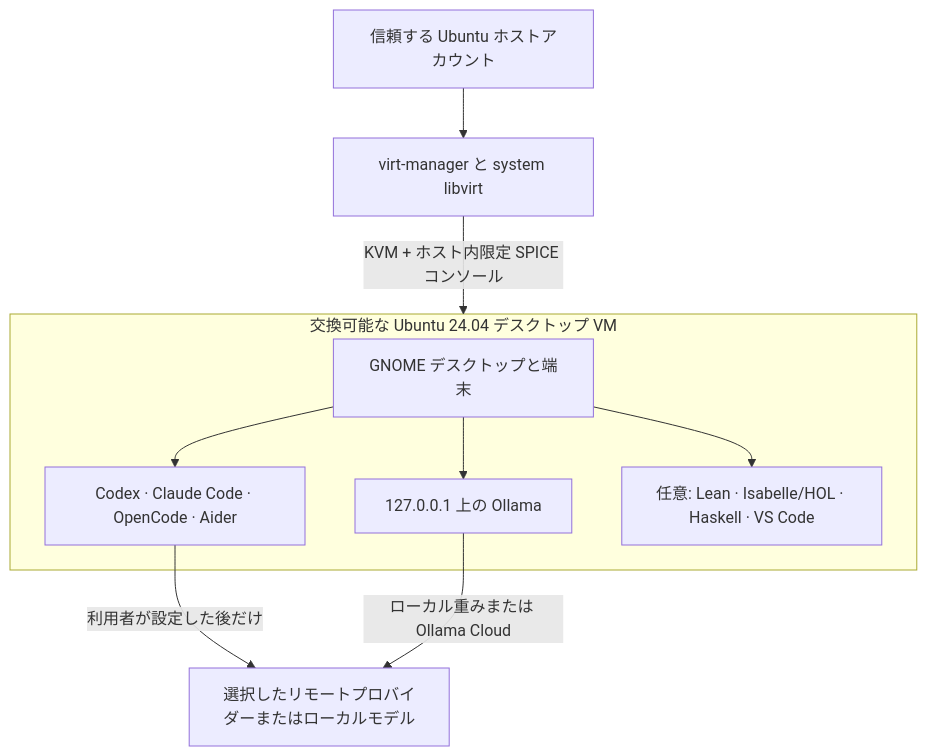
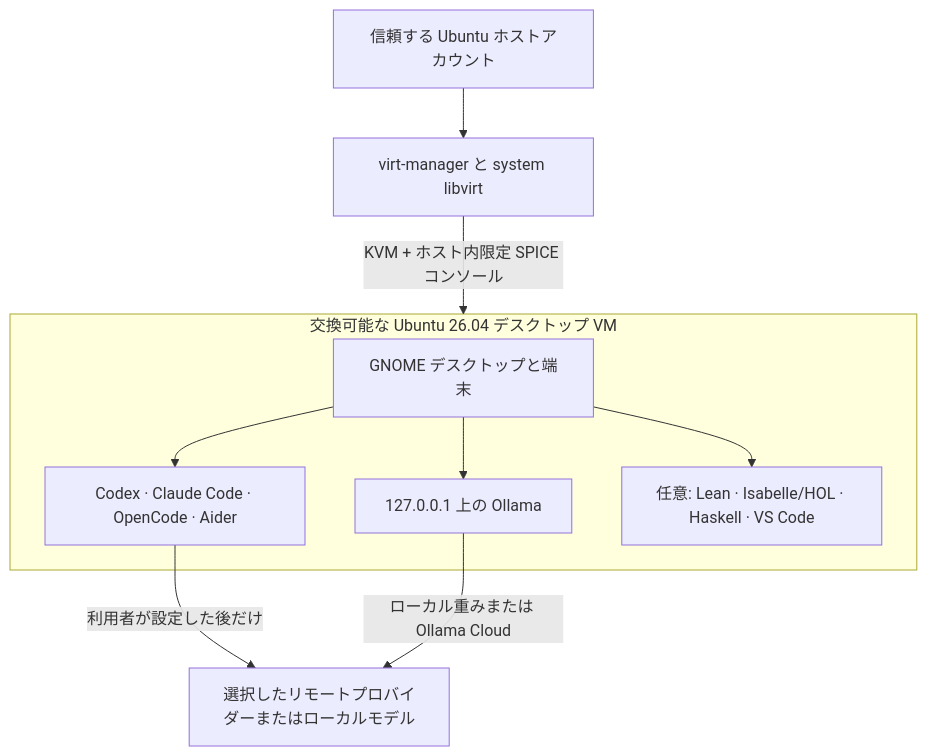
Before and after one commit to yutakang/agent-vm: the diagram in README_jp.md, drawn with Mermaid. The commit also changed other lines of this file and 28 other files, not shown here.

````diff
--- a/README_jp.md
+++ b/README_jp.md
@@ -58,22 +58,22 @@
 ```mermaid
 flowchart TB
     H["信頼する Ubuntu ホストアカウント"]
     M["virt-manager と system libvirt"]
 
-    subgraph V["交換可能な Ubuntu 24.04 デスクトップ VM"]
+    subgraph V["交換可能な Ubuntu 26.04 デスクトップ VM"]
         D["GNOME デスクトップと端末"]
         A["Codex · Claude Code · OpenCode · Aider"]
         O["127.0.0.1 上の Ollama"]
         F["任意: Lean · Isabelle/HOL · Haskell · VS Code"]
         D --> A
         D --> O
         D --> F
     end
 
     P["選択したリモートプロバイダーまたはローカルモデル"]
 
     H --> M
     M -->|"KVM + ホスト内限定 SPICE コンソール"| V
     A -->|"利用者が設定した後だけ"| P
     O -->|"ローカル重みまたは Ollama Cloud"| P
 ```
````
